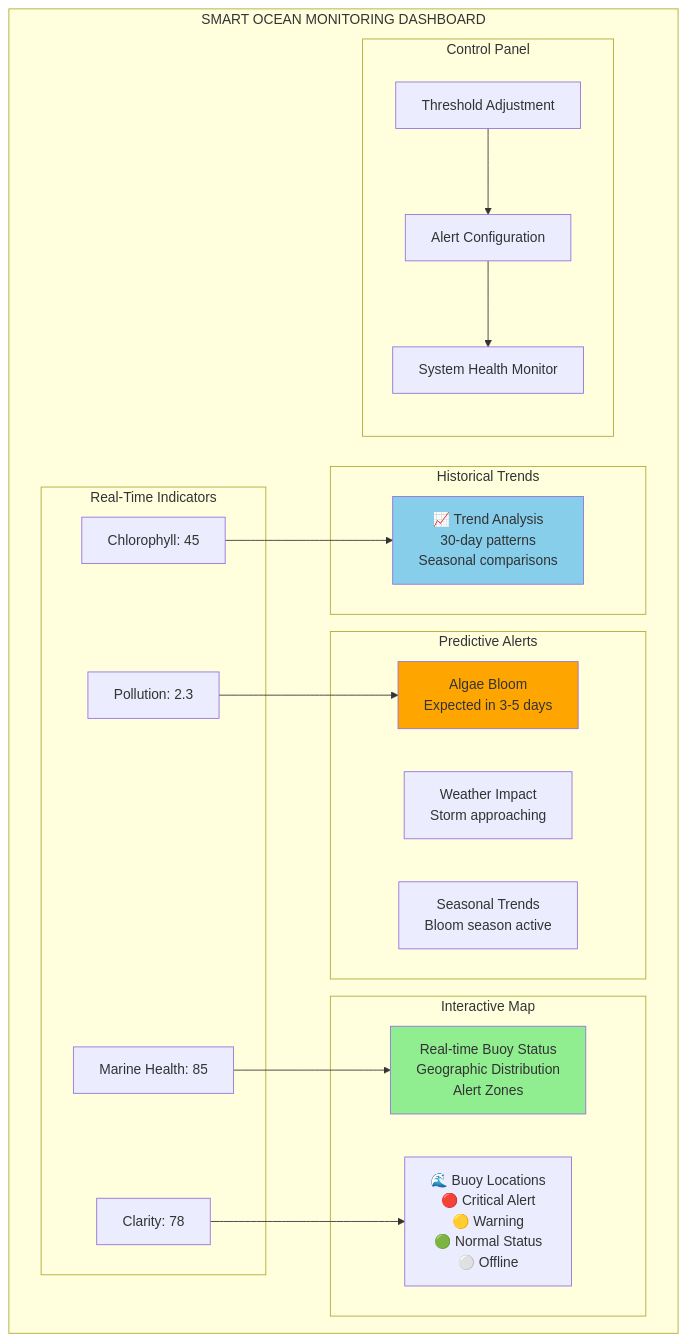
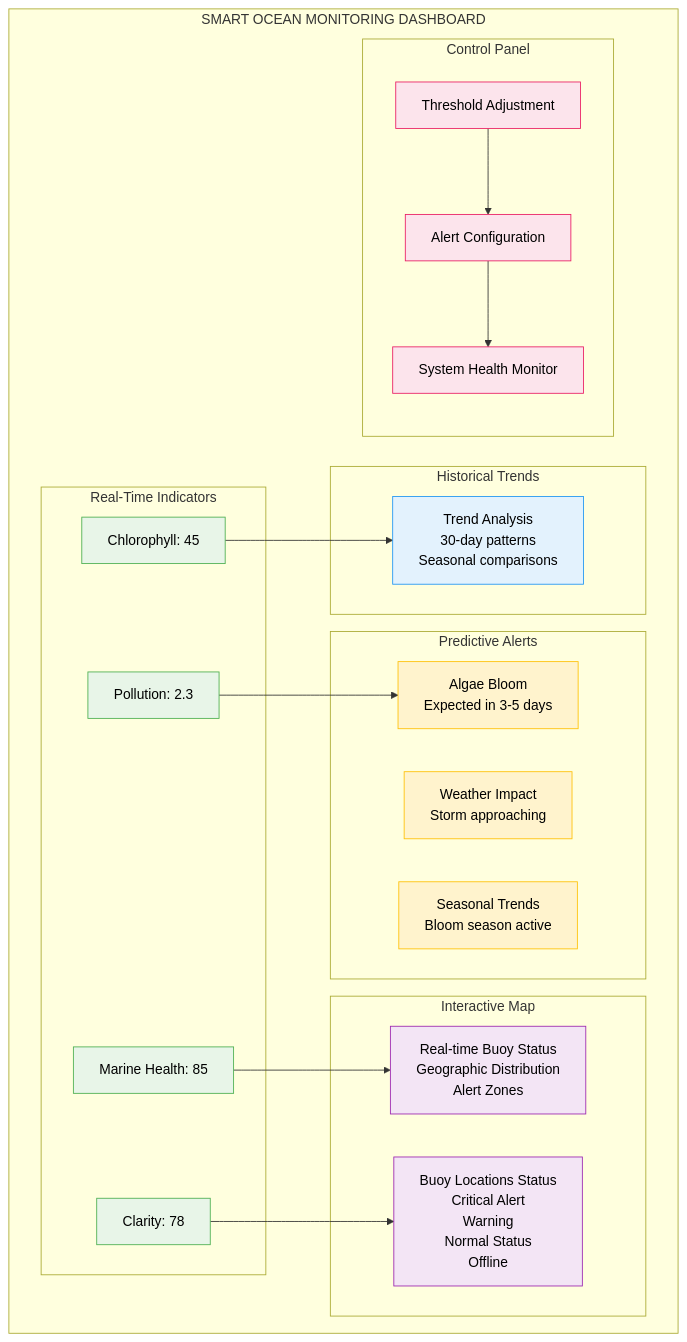
Before and after one commit to vikrantwiz02/DFP-13: the ninth of 9 diagrams in Phase-2.md, drawn with Mermaid. The commit also changed other lines of this file, not shown here.

Commit message:
Refactor diagrams and improve formatting in Phase 2 documentation for clarity and consistency

````diff
--- a/Phase-2.md
+++ b/Phase-2.md
@@ -1052,44 +1110,52 @@
 ```mermaid
 graph TB
-    subgraph "SMART OCEAN MONITORING DASHBOARD"
-        subgraph "Real-Time Indicators"
-            CHLORO_DISPLAY[Chlorophyll: 45]
-            POLLUTION_DISPLAY[Pollution: 2.3]
-            HEALTH_DISPLAY[Marine Health: 85]
-            CLARITY_DISPLAY[Clarity: 78]
+    subgraph SOMD ["SMART OCEAN MONITORING DASHBOARD"]
+        subgraph RTI ["Real-Time Indicators"]
+            CHLORO_DISPLAY["Chlorophyll: 45"]
+            POLLUTION_DISPLAY["Pollution: 2.3"]
+            HEALTH_DISPLAY["Marine Health: 85"]
+            CLARITY_DISPLAY["Clarity: 78"]
         end
         
-        subgraph "Predictive Alerts"
-            ALGAE_PRED[Algae Bloom<br/>Expected in 3-5 days]
-            WEATHER_PRED[Weather Impact<br/>Storm approaching]
-            SEASONAL_PRED[Seasonal Trends<br/>Bloom season active]
+        subgraph PA ["Predictive Alerts"]
+            ALGAE_PRED["Algae Bloom<br/>Expected in 3-5 days"]
+            WEATHER_PRED["Weather Impact<br/>Storm approaching"]
+            SEASONAL_PRED["Seasonal Trends<br/>Bloom season active"]
         end
         
-        subgraph "Historical Trends"
-            TREND_CHART[📈 Trend Analysis<br/>30-day patterns<br/>Seasonal comparisons]
+        subgraph HT ["Historical Trends"]
+            TREND_CHART["Trend Analysis<br/>30-day patterns<br/>Seasonal comparisons"]
         end
         
-        subgraph "Interactive Map"
-            MAP_LEGEND[🌊 Buoy Locations<br/>🔴 Critical Alert<br/>🟡 Warning<br/>🟢 Normal Status<br/>⚪ Offline]
-            BUOY_STATUS[Real-time Buoy Status<br/>Geographic Distribution<br/>Alert Zones]
+        subgraph IM ["Interactive Map"]
+            MAP_LEGEND["Buoy Locations Status<br/>Critical Alert<br/>Warning<br/>Normal Status<br/>Offline"]
+            BUOY_STATUS["Real-time Buoy Status<br/>Geographic Distribution<br/>Alert Zones"]
         end
         
-        subgraph "Control Panel"
-            THRESHOLD_CONTROL[Threshold Adjustment]
-            ALERT_CONFIG[Alert Configuration]
-            SYSTEM_HEALTH[System Health Monitor]
+        subgraph CP ["Control Panel"]
+            THRESHOLD_CONTROL["Threshold Adjustment"]
+            ALERT_CONFIG["Alert Configuration"]
+            SYSTEM_HEALTH["System Health Monitor"]
         end
     end
     
     CHLORO_DISPLAY --> TREND_CHART
     POLLUTION_DISPLAY --> ALGAE_PRED
     HEALTH_DISPLAY --> BUOY_STATUS
     CLARITY_DISPLAY --> MAP_LEGEND
     
     THRESHOLD_CONTROL --> ALERT_CONFIG
     ALERT_CONFIG --> SYSTEM_HEALTH
     
-    style ALGAE_PRED fill:#FFA500
-    style TREND_CHART fill:#87CEEB
-    style BUOY_STATUS fill:#90EE90
+    classDef indicatorStyle fill:#e8f5e8,stroke:#4caf50,color:#000
+    classDef alertStyle fill:#fff3cd,stroke:#ffc107,color:#000
+    classDef trendStyle fill:#e3f2fd,stroke:#2196f3,color:#000
+    classDef mapStyle fill:#f3e5f5,stroke:#9c27b0,color:#000
+    classDef controlStyle fill:#fce4ec,stroke:#e91e63,color:#000
+    
+    class CHLORO_DISPLAY,POLLUTION_DISPLAY,HEALTH_DISPLAY,CLARITY_DISPLAY indicatorStyle
+    class ALGAE_PRED,WEATHER_PRED,SEASONAL_PRED alertStyle
+    class TREND_CHART trendStyle
+    class MAP_LEGEND,BUOY_STATUS mapStyle
+    class THRESHOLD_CONTROL,ALERT_CONFIG,SYSTEM_HEALTH controlStyle
 ```
````
